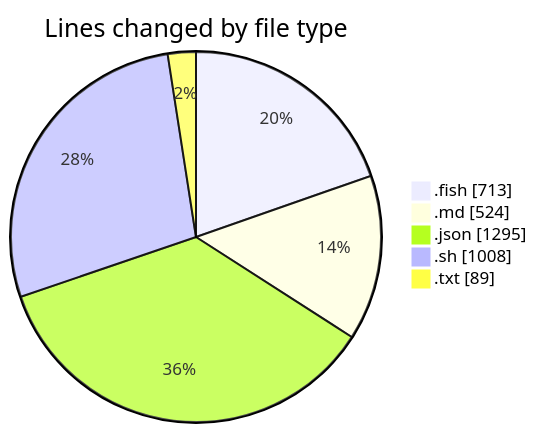
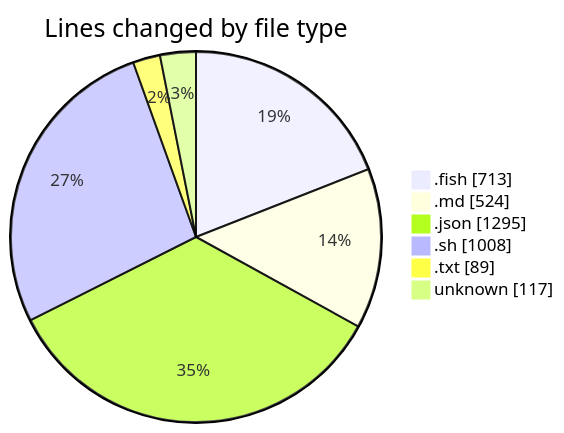
Before and after one commit to EIIisD/code-tracking: the first of 2 diagrams in 2025-07-10/fish/README.md, drawn with Mermaid. The commit also changed other lines of this file and 1 other file, not shown here.

````diff
--- a/2025-07-10/fish/README.md
+++ b/2025-07-10/fish/README.md
@@ -28,9 +29,10 @@
 ```mermaid
 pie showData
 title Lines changed by file type
 ".fish" : 713
 ".md" : 524
 ".json" : 1295
 ".sh" : 1008
 ".txt" : 89
+"unknown" : 117
 ```
````
